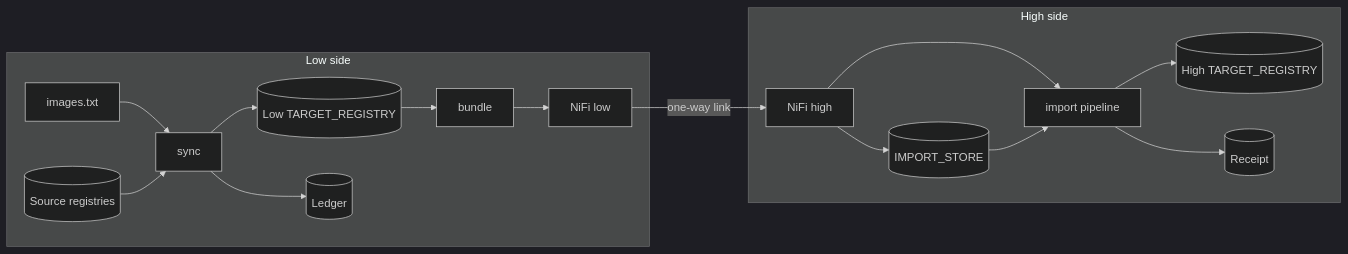
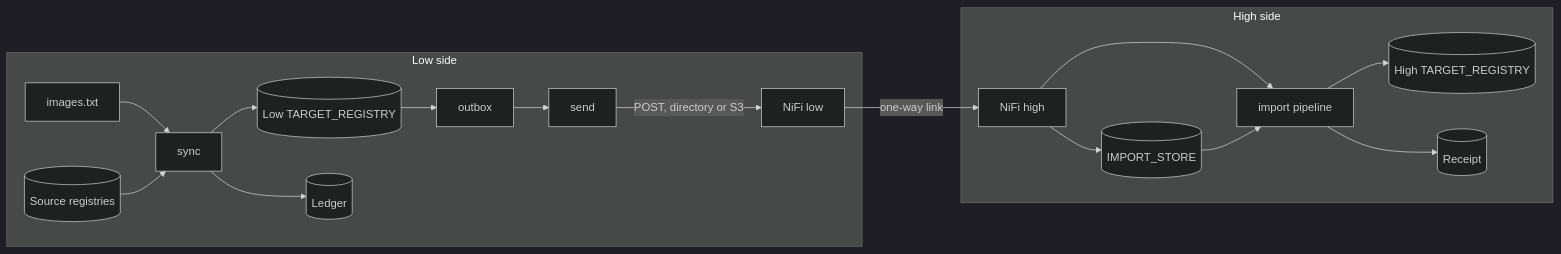
Before and after one commit to djlongy/gitlab-quay-mirror: the diagram in docs/dataflow.md, drawn with Mermaid (dark theme). The commit also changed other lines of this file and 10 other files, not shown here.

````diff
--- a/docs/dataflow.md
+++ b/docs/dataflow.md
@@ -17,19 +17,20 @@
 ```mermaid
 flowchart LR
   subgraph Low side
     C[images.txt] --> S[sync]
     SRC[(Source registries)] --> S
     S --> LT[(Low TARGET_REGISTRY)]
-    LT --> B[bundle]
+    LT --> B[outbox]
     S --> L[(Ledger)]
-    B --> NL[NiFi low]
+    B --> SE[send]
+    SE -- "POST, directory or S3" --> NL[NiFi low]
   end
   NL -- one-way link --> NH
   subgraph High side
     NH[NiFi high] --> ST[(IMPORT_STORE)]
     NH --> P[import pipeline]
     ST --> P
     P --> HT[(High TARGET_REGISTRY)]
     P --> R[(Receipt)]
   end
 ```
````
